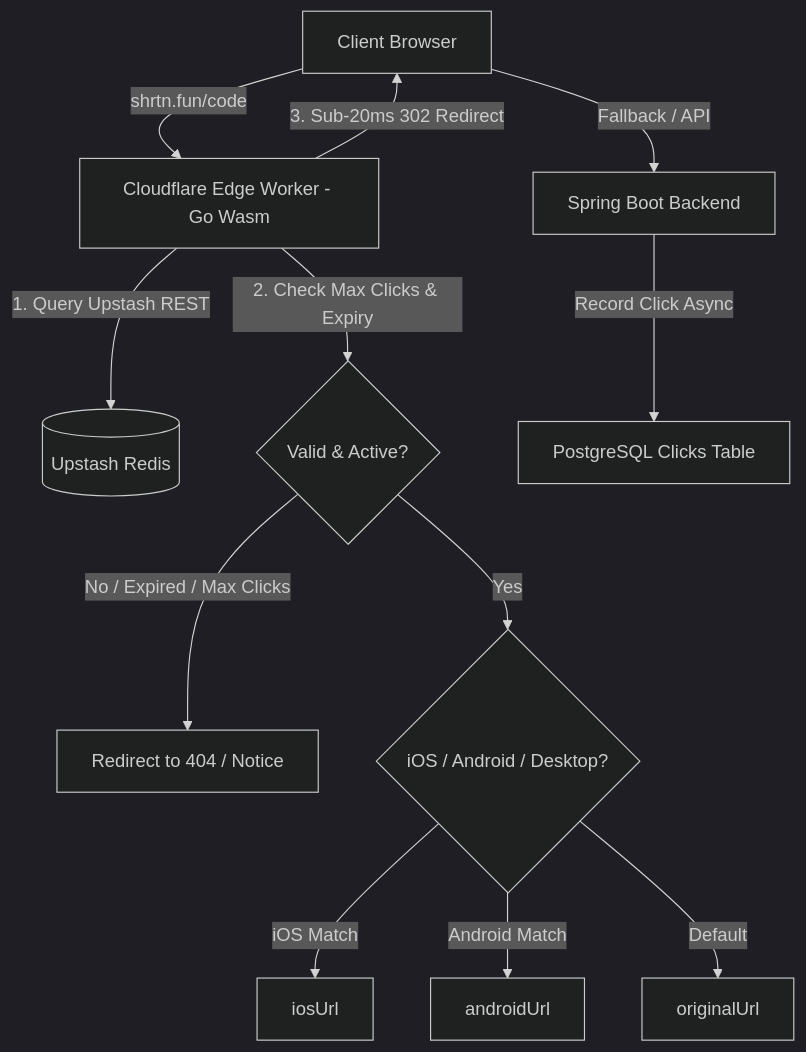
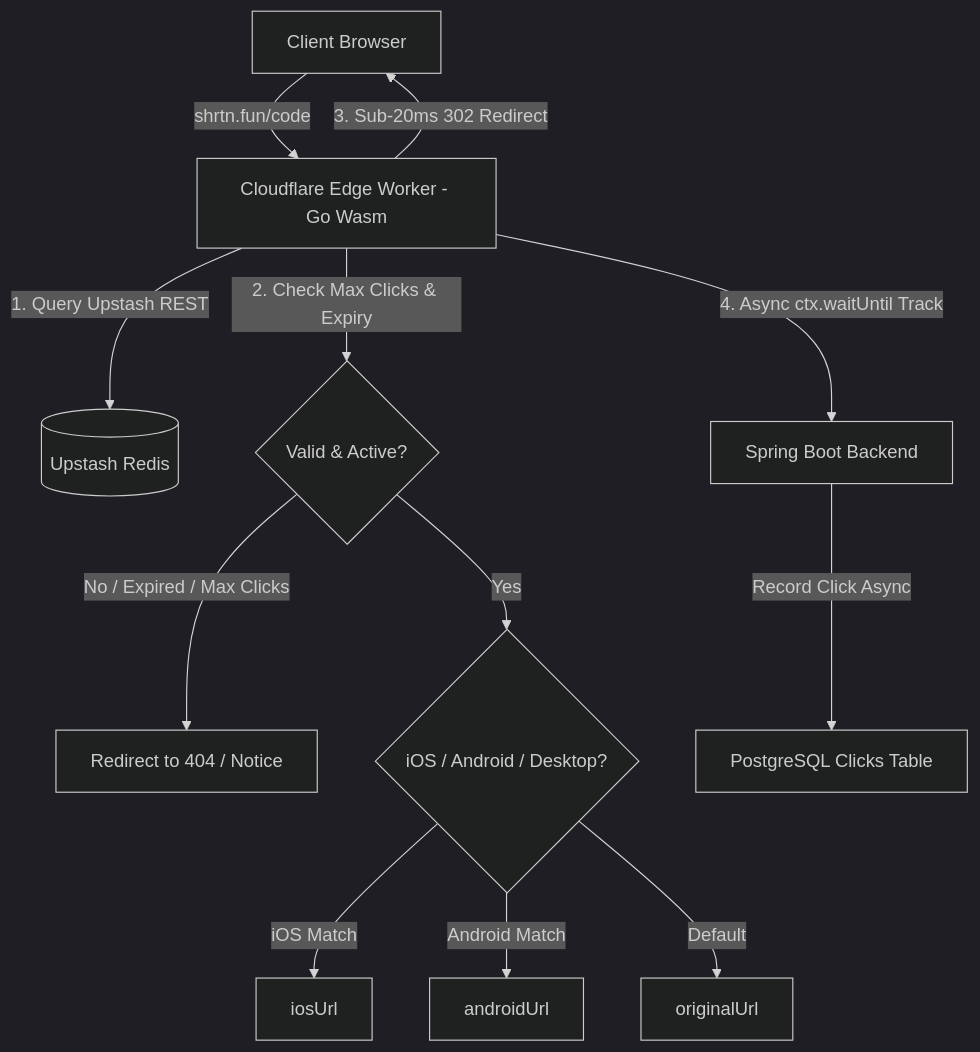
One commit to CharanMunur/shrtn changed the diagram in agy.md. Above: the diagram before and after it, drawn with Mermaid (dark theme). The commit also changed other lines of this file and 2 other files, not shown here.

Commit message:
docs: update README.md and agy.md with Cloudflare Edge Caching & async click tracking specs

````diff
--- a/agy.md
+++ b/agy.md
@@ -9,14 +9,14 @@
 ```mermaid
 graph TD
     Client[Client Browser] -->|shrtn.fun/code| CloudflareEdge[Cloudflare Edge Worker - Go Wasm]
     CloudflareEdge -->|1. Query Upstash REST| Redis[(Upstash Redis)]
     CloudflareEdge -->|2. Check Max Clicks & Expiry| Validate{Valid & Active?}
     Validate -->|No / Expired / Max Clicks| Deactivated[Redirect to 404 / Notice]
     Validate -->|Yes| DeviceRouting{iOS / Android / Desktop?}
     DeviceRouting -->|iOS Match| TargetIOS[iosUrl]
     DeviceRouting -->|Android Match| TargetAndroid[androidUrl]
     DeviceRouting -->|Default| TargetWeb[originalUrl]
     CloudflareEdge -->|3. Sub-20ms 302 Redirect| Client
-    Client -->|Fallback / API| SpringBoot[Spring Boot Backend]
+    CloudflareEdge -->|4. Async ctx.waitUntil Track| SpringBoot[Spring Boot Backend]
     SpringBoot -->|Record Click Async| DBWrite[PostgreSQL Clicks Table]
 ```
````
